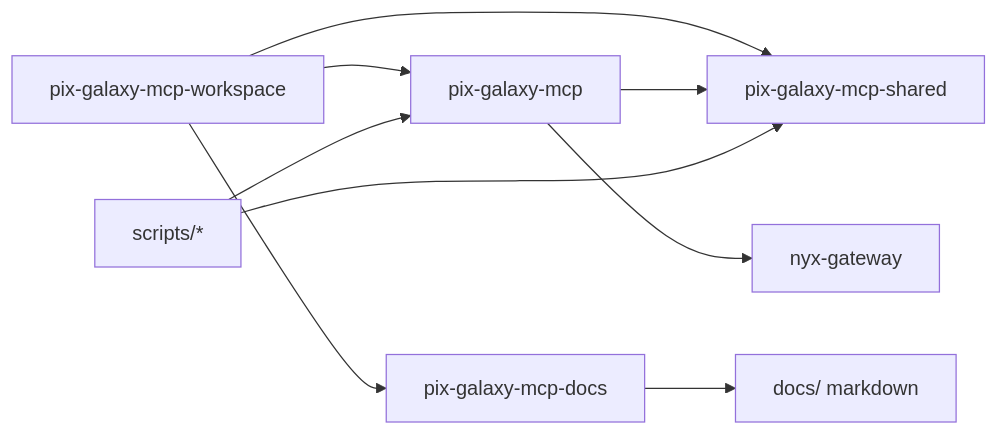
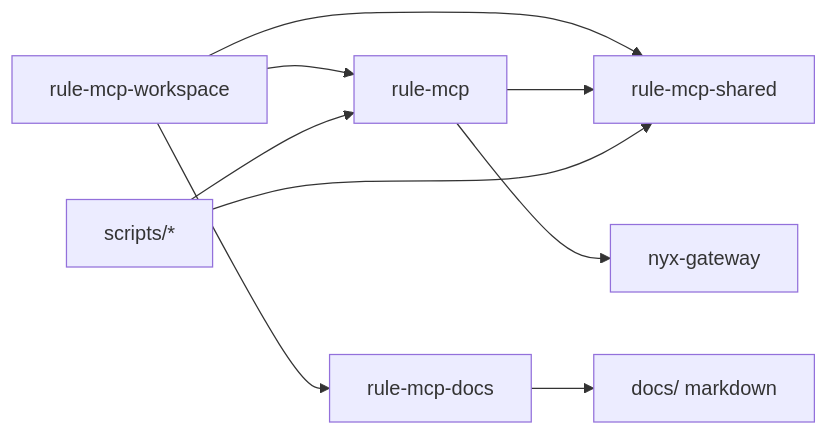
The diagram in docs/plans/2026-10-01-scripts-mcp-layout.md (pixu1980/rule-mcp), drawn with Mermaid before and after one commit. The commit also changed other lines of this file and 405 other files, not shown here.

First line of the commit message:
refactor(rename): rename the server to RuleMCP

````diff
--- a/docs/plans/2026-10-01-scripts-mcp-layout.md
+++ b/docs/plans/2026-10-01-scripts-mcp-layout.md
@@ -124,11 +124,11 @@
 ```mermaid
 flowchart LR
-  rootPkg["pix-galaxy-mcp-workspace"] --> mcpPkg["pix-galaxy-mcp"]
-  rootPkg --> docsPkg["pix-galaxy-mcp-docs"]
-  rootPkg --> sharedPkg["pix-galaxy-mcp-shared"]
+  rootPkg["rule-mcp-workspace"] --> mcpPkg["rule-mcp"]
+  rootPkg --> docsPkg["rule-mcp-docs"]
+  rootPkg --> sharedPkg["rule-mcp-shared"]
   mcpPkg --> sharedPkg
   mcpPkg --> nyxPkg["nyx-gateway"]
   docsPkg --> docsMd["docs/ markdown"]
   tooling["scripts/*"] --> mcpPkg
   tooling --> sharedPkg
 ```
````
